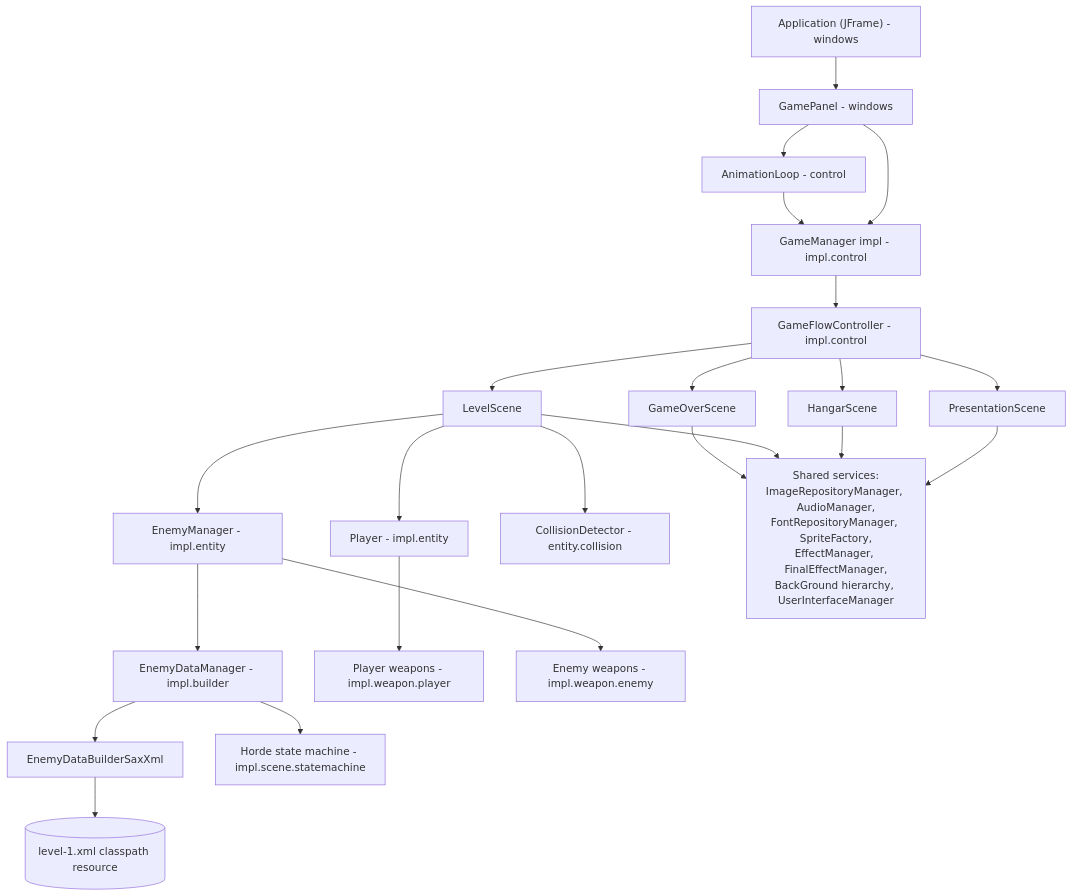
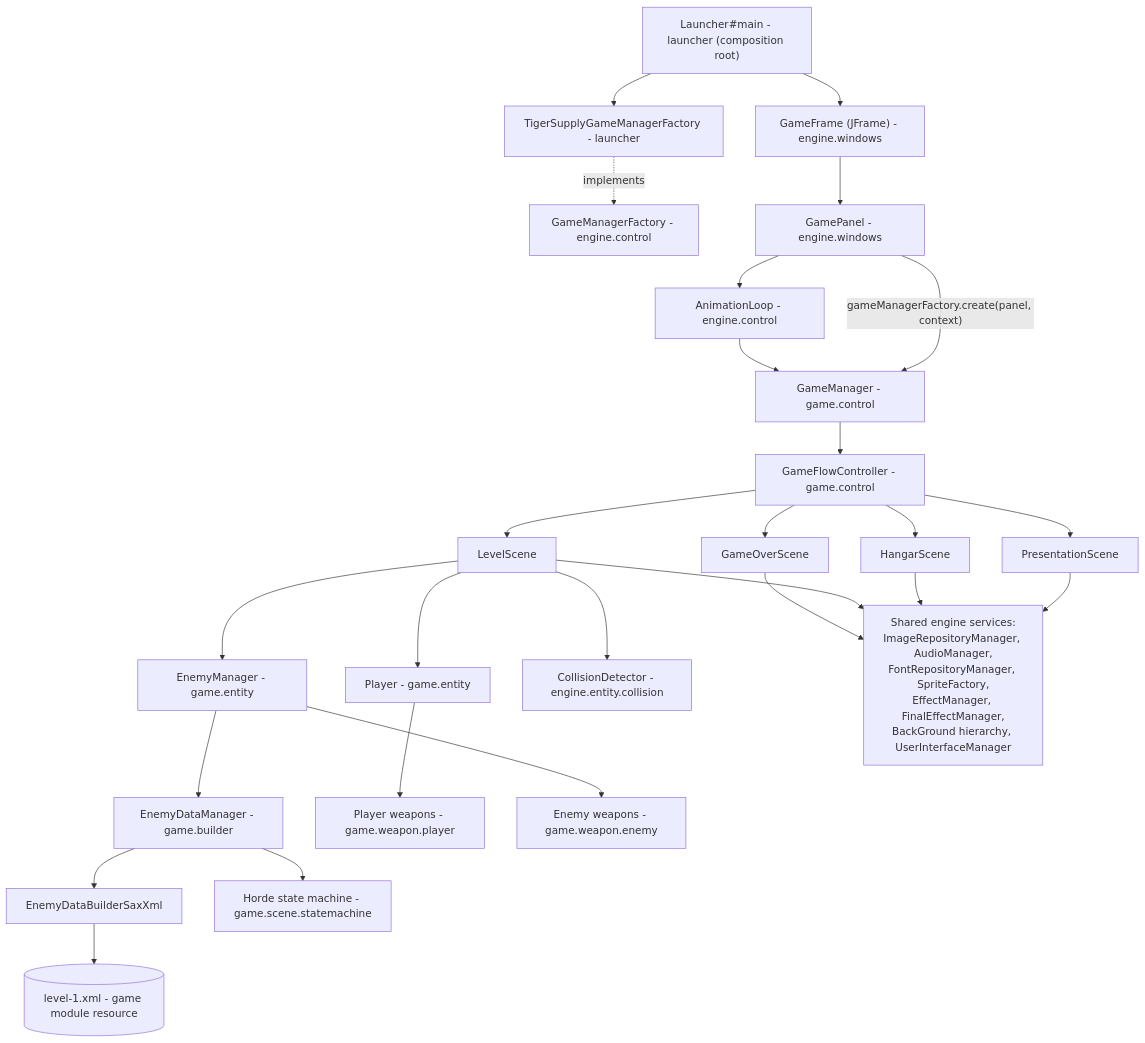
One commit to alesky78/TigerSupply changed the first of 2 diagrams in documentation/architecture/system-overview/architecture.md. Above: the diagram before and after it, drawn with Mermaid. The commit also changed other lines of this file and 9 other files, not shown here.

````diff
--- a/documentation/architecture/system-overview/architecture.md
+++ b/documentation/architecture/system-overview/architecture.md
@@ -26,29 +29,32 @@
 ```mermaid
 flowchart TB
-    App["Application (JFrame) - windows"] --> Panel["GamePanel - windows"]
-    Panel --> Loop["AnimationLoop - control"]
-    Panel --> GM["GameManager impl - impl.control"]
+    Launcher["Launcher#main - launcher (composition root)"] --> Frame["GameFrame (JFrame) - engine.windows"]
+    Launcher --> Factory["TigerSupplyGameManagerFactory - launcher"]
+    Factory -.implements.-> FactoryIf["GameManagerFactory - engine.control"]
+    Frame --> Panel["GamePanel - engine.windows"]
+    Panel --> Loop["AnimationLoop - engine.control"]
+    Panel -->|"gameManagerFactory.create(panel, context)"| GM["GameManager - game.control"]
     Loop --> GM
-    GM --> GFC["GameFlowController - impl.control"]
+    GM --> GFC["GameFlowController - game.control"]
     GFC --> Presentation["PresentationScene"]
     GFC --> Hangar["HangarScene"]
     GFC --> Level["LevelScene"]
     GFC --> GameOver["GameOverScene"]
 
-    Level --> PlayerE["Player - impl.entity"]
-    Level --> EnemyMgr["EnemyManager - impl.entity"]
-    Level --> Collision["CollisionDetector - entity.collision"]
-    EnemyMgr --> DataMgr["EnemyDataManager - impl.builder"]
+    Level --> PlayerE["Player - game.entity"]
+    Level --> EnemyMgr["EnemyManager - game.entity"]
+    Level --> Collision["CollisionDetector - engine.entity.collision"]
+    EnemyMgr --> DataMgr["EnemyDataManager - game.builder"]
     DataMgr --> SaxBuilder["EnemyDataBuilderSaxXml"]
-    SaxBuilder --> LevelXML[("level-1.xml classpath resource")]
-    DataMgr --> HordeSM["Horde state machine - impl.scene.statemachine"]
+    SaxBuilder --> LevelXML[("level-1.xml - game module resource")]
+    DataMgr --> HordeSM["Horde state machine - game.scene.statemachine"]
 
-    PlayerE --> PlayerWeapons["Player weapons - impl.weapon.player"]
-    EnemyMgr --> EnemyWeapons["Enemy weapons - impl.weapon.enemy"]
+    PlayerE --> PlayerWeapons["Player weapons - game.weapon.player"]
+    EnemyMgr --> EnemyWeapons["Enemy weapons - game.weapon.enemy"]
 
     Presentation --> Assets
     Hangar --> Assets
     Level --> Assets
     GameOver --> Assets
-    Assets["Shared services:\nImageRepositoryManager, AudioManager,\nFontRepositoryManager, SpriteFactory,\nEffectManager, FinalEffectManager,\nBackGround hierarchy, UserInterfaceManager"]
+    Assets["Shared engine services:\nImageRepositoryManager, AudioManager,\nFontRepositoryManager, SpriteFactory,\nEffectManager, FinalEffectManager,\nBackGround hierarchy, UserInterfaceManager"]
 ```
````
